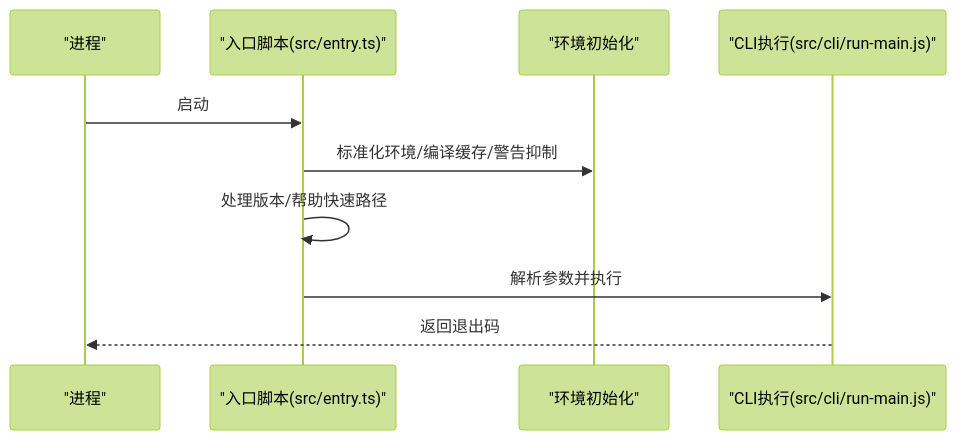
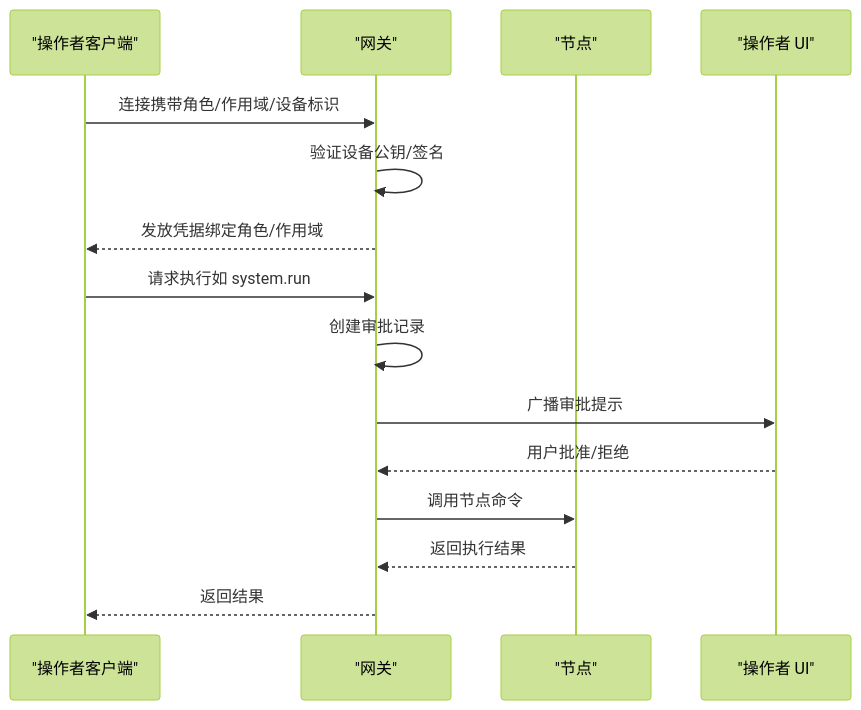
The third of 6 diagrams in repowiki/zh/content/开发者指南/开发者指南.md (botx-work/OpenClaw-Internals), drawn with Mermaid (forest theme) before and after one commit. The commit also changed other lines of this file and 542 other files, not shown here.

````diff
--- a/repowiki/zh/content/开发者指南/开发者指南.md
+++ b/repowiki/zh/content/开发者指南/开发者指南.md
@@ -117,12 +159,17 @@
 ```mermaid
 sequenceDiagram
-participant Proc as "进程"
-participant Entry as "入口脚本(src/entry.ts)"
-participant Env as "环境初始化"
-participant CLI as "CLI执行(src/cli/run-main.js)"
-Proc->>Entry : 启动
-Entry->>Env : 标准化环境/编译缓存/警告抑制
-Entry->>Entry : 处理版本/帮助快速路径
-Entry->>CLI : 解析参数并执行
-CLI-->>Proc : 返回退出码
+participant Op as "操作者客户端"
+participant GW as "网关"
+participant ND as "节点"
+participant UI as "操作者 UI"
+Op->>GW : 连接携带角色/作用域/设备标识
+GW->>GW : 验证设备公钥/签名
+GW-->>Op : 发放凭据绑定角色/作用域
+Op->>GW : 请求执行如 system.run
+GW->>GW : 创建审批记录
+GW->>UI : 广播审批提示
+UI-->>GW : 用户批准/拒绝
+GW->>ND : 调用节点命令
+ND-->>GW : 返回执行结果
+GW-->>Op : 返回结果
 ```
````
